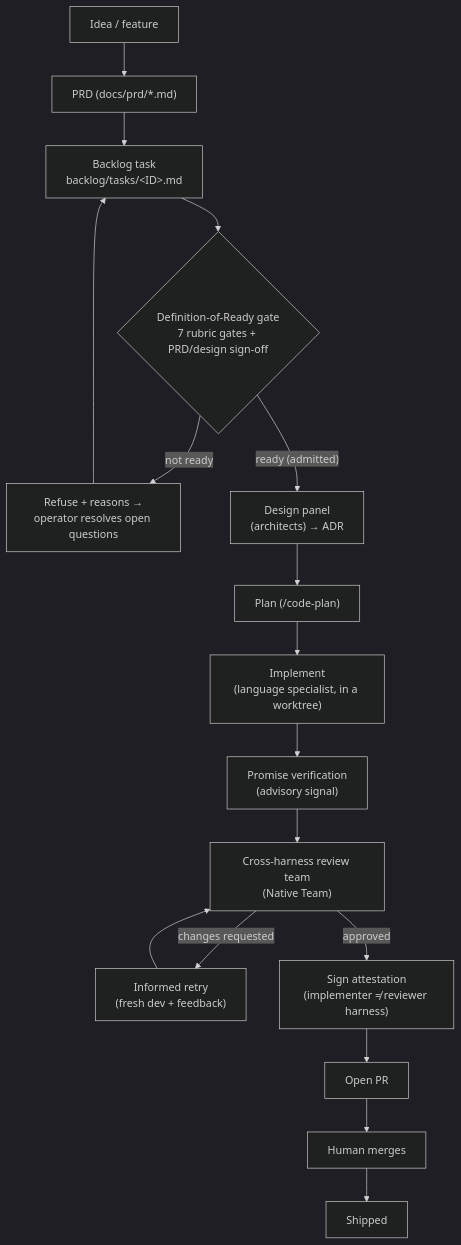
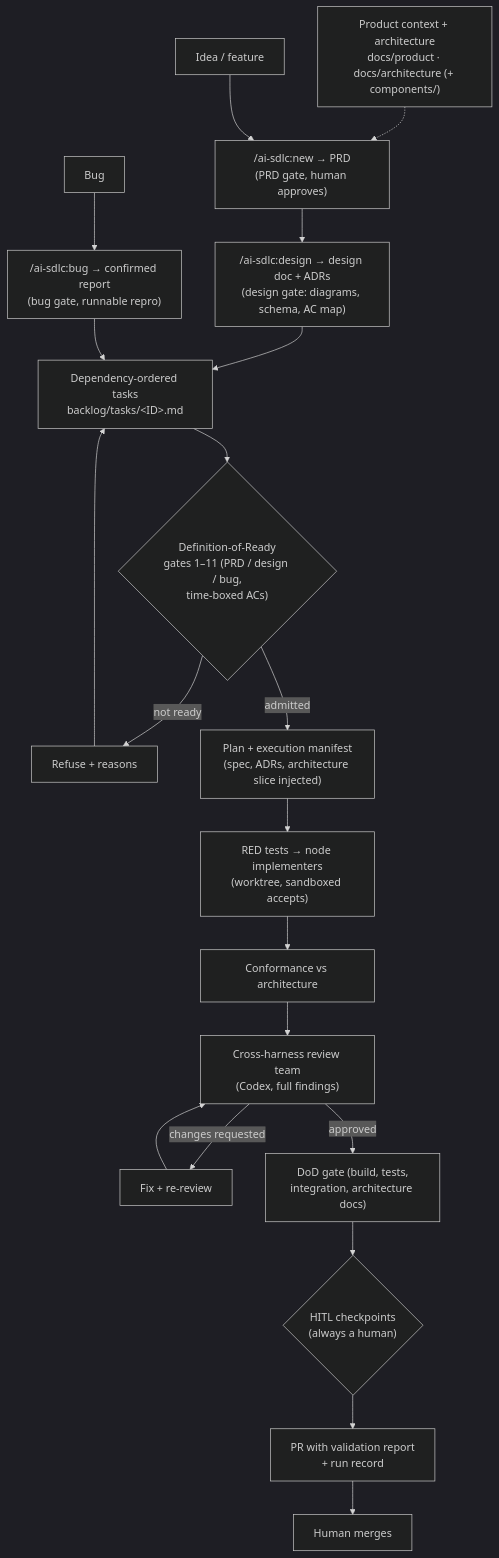
Before and after one commit to cefothe/ai-sdlc: the second of 5 diagrams in README.md, drawn with Mermaid (dark theme). The commit also changed other lines of this file, not shown here.

Commit message:
README: governed context (product, architecture overview + component docs, spec), speed contract, harness components and HITL, bugs and migration, measurement, updated commands and layout

````diff
--- a/README.md
+++ b/README.md
@@ -193,19 +203,20 @@
 ```mermaid
 flowchart TD
-    IDEA[Idea / feature] --> PRD["PRD (docs/prd/*.md)"]
-    PRD --> TASK["Backlog task<br/>backlog/tasks/&lt;ID&gt;.md"]
-    TASK --> DOR{"Definition-of-Ready gate<br/>7 rubric gates + PRD/design sign-off"}
-    DOR -- "not ready" --> FIX["Refuse + reasons →<br/>operator resolves open questions"]
-    FIX --> TASK
-    DOR -- "ready (admitted)" --> DESIGN["Design panel<br/>(architects) → ADR"]
-    DESIGN --> PLAN["Plan (/code-plan)"]
-    PLAN --> IMPL["Implement<br/>(language specialist, in a worktree)"]
-    IMPL --> PROMISE["Promise verification<br/>(advisory signal)"]
-    PROMISE --> REVIEW["Cross-harness review team<br/>(Native Team)"]
-    REVIEW -- "changes requested" --> IMPL2["Informed retry<br/>(fresh dev + feedback)"]
-    IMPL2 --> REVIEW
-    REVIEW -- "approved" --> ATTEST["Sign attestation<br/>(implementer ≠ reviewer harness)"]
-    ATTEST --> PR["Open PR"]
+    CTX["Product context + architecture<br/>docs/product · docs/architecture (+ components/)"] -.-> NEW
+    IDEA[Idea / feature] --> NEW["/ai-sdlc:new → PRD<br/>(PRD gate, human approves)"]
+    BUG[Bug] --> BR["/ai-sdlc:bug → confirmed report<br/>(bug gate, runnable repro)"]
+    NEW --> DES["/ai-sdlc:design → design doc + ADRs<br/>(design gate: diagrams, schema, AC map)"]
+    DES --> TASKS["Dependency-ordered tasks<br/>backlog/tasks/&lt;ID&gt;.md"]
+    BR --> TASKS
+    TASKS --> DOR{"Definition-of-Ready<br/>gates 1–11 (PRD / design / bug,<br/>time-boxed ACs)"}
+    DOR -- "not ready" --> FIX["Refuse + reasons"] --> TASKS
+    DOR -- "admitted" --> PLAN["Plan + execution manifest<br/>(spec, ADRs, architecture slice injected)"]
+    PLAN --> IMPL["RED tests → node implementers<br/>(worktree, sandboxed accepts)"]
+    IMPL --> CONF["Conformance vs architecture"]
+    CONF --> REVIEW["Cross-harness review team<br/>(Codex, full findings)"]
+    REVIEW -- "changes requested" --> IMPL2["Fix + re-review"] --> REVIEW
+    REVIEW -- "approved" --> DOD["DoD gate (build, tests,<br/>integration, architecture docs)"]
+    DOD --> HITL{"HITL checkpoints<br/>(always a human)"}
+    HITL --> PR["PR with validation report<br/>+ run record"]
     PR --> MERGE["Human merges"]
-    MERGE --> SHIP[Shipped]
 ```
````
